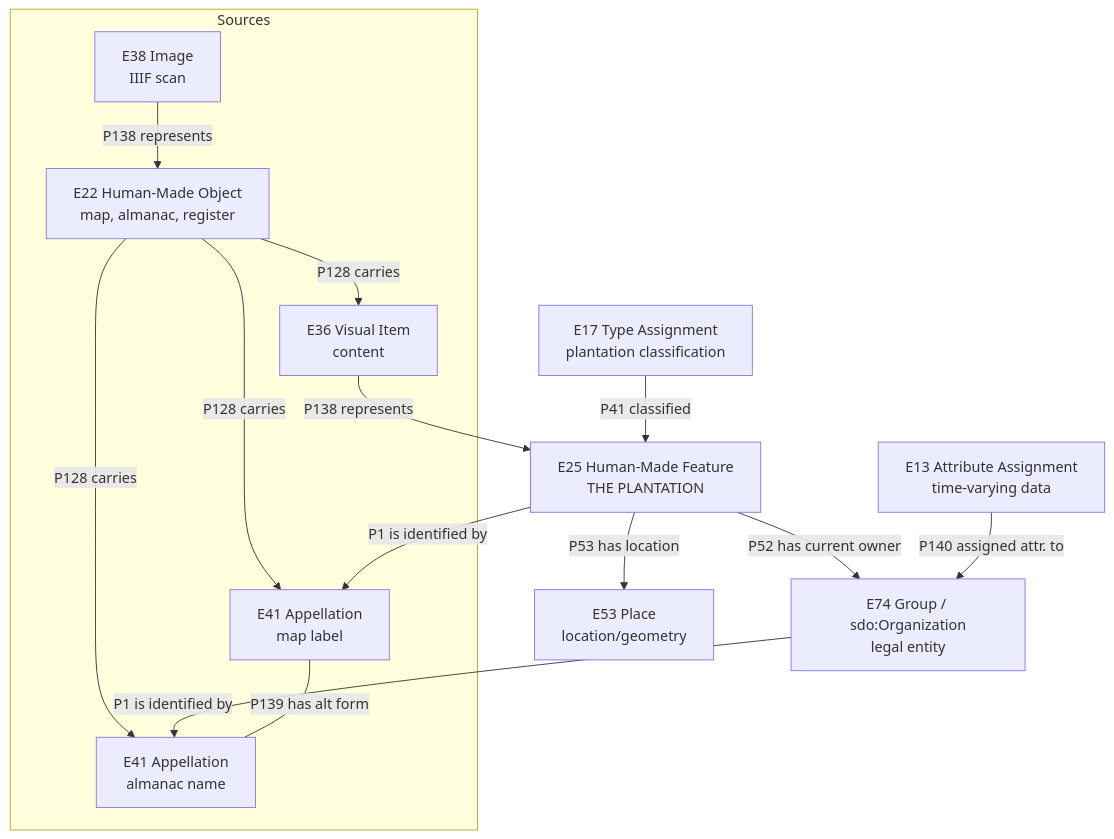
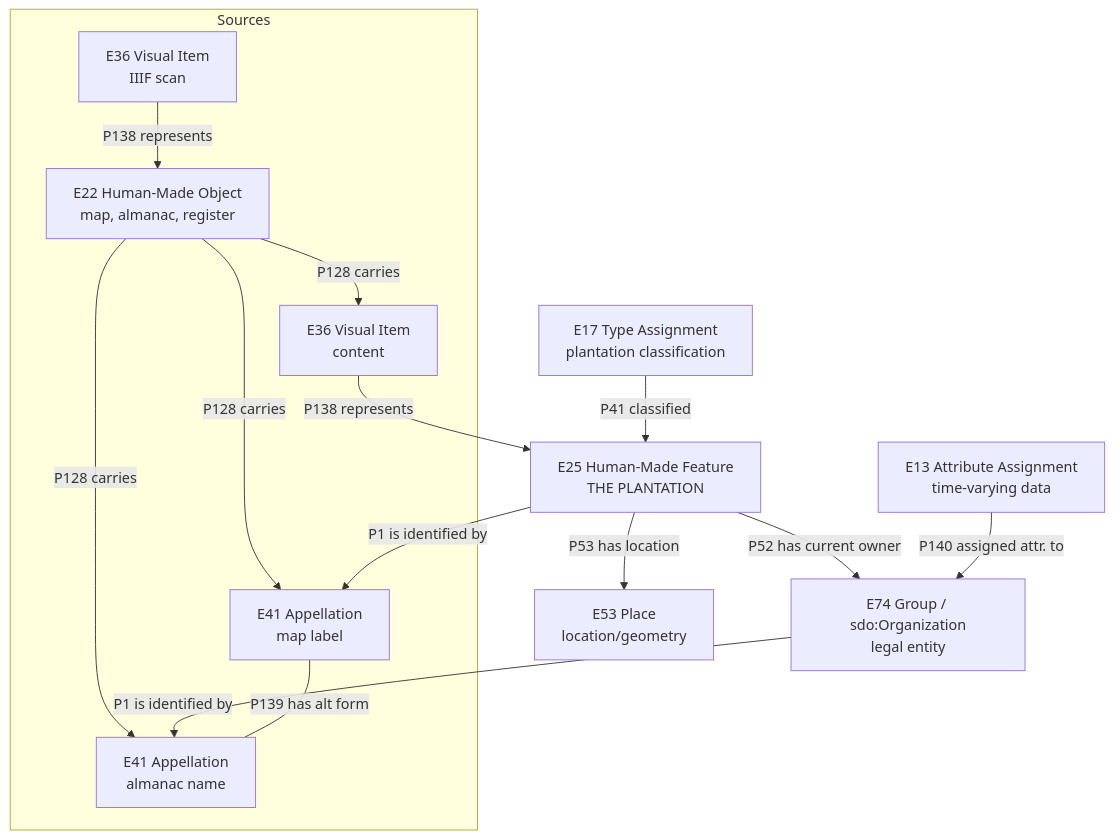
One commit to jonaschlegel/suriname-database-model changed the first of 3 diagrams in .github/skills/data-model/SKILL.md. Above: the diagram before and after it, drawn with Mermaid. The commit also changed other lines of this file and 15 other files, not shown here.

````diff
--- a/.github/skills/data-model/SKILL.md
+++ b/.github/skills/data-model/SKILL.md
@@ -24,30 +24,30 @@
 ```mermaid
 flowchart TB
     subgraph Sources
         E22[E22 Human-Made Object<br/>map, almanac, register]
         E36[E36 Visual Item<br/>content]
-        E38[E38 Image<br/>IIIF scan]
+        E36_IMG[E36 Visual Item<br/>IIIF scan]
         E41_MAP[E41 Appellation<br/>map label]
     E41_ALM[E41 Appellation<br/>almanac name]
     end
 
     E25[E25 Human-Made Feature<br/>THE PLANTATION]
     E53[E53 Place<br/>location/geometry]
     ORG[E74 Group / sdo:Organization<br/>legal entity]
     E13_OBS[E13 Attribute Assignment<br/>time-varying data]
     E17[E17 Type Assignment<br/>plantation classification]
 
     E22 -->|P128 carries| E36
     E22 -->|P128 carries| E41_MAP
     E22 -->|P128 carries| E41_ALM
     E36 -->|P138 represents| E25
-    E38 -->|P138 represents| E22
+    E36_IMG -->|P138 represents| E22
 
     E25 -->|P1 is identified by| E41_MAP
     ORG -->|P1 is identified by| E41_ALM
     E41_MAP ---|P139 has alt form| E41_ALM
     E25 -->|P53 has location| E53
     E25 -->|P52 has current owner| ORG
     E13_OBS -->|P140 assigned attr. to| ORG
     E17 -->|P41 classified| E25
 ```
````
